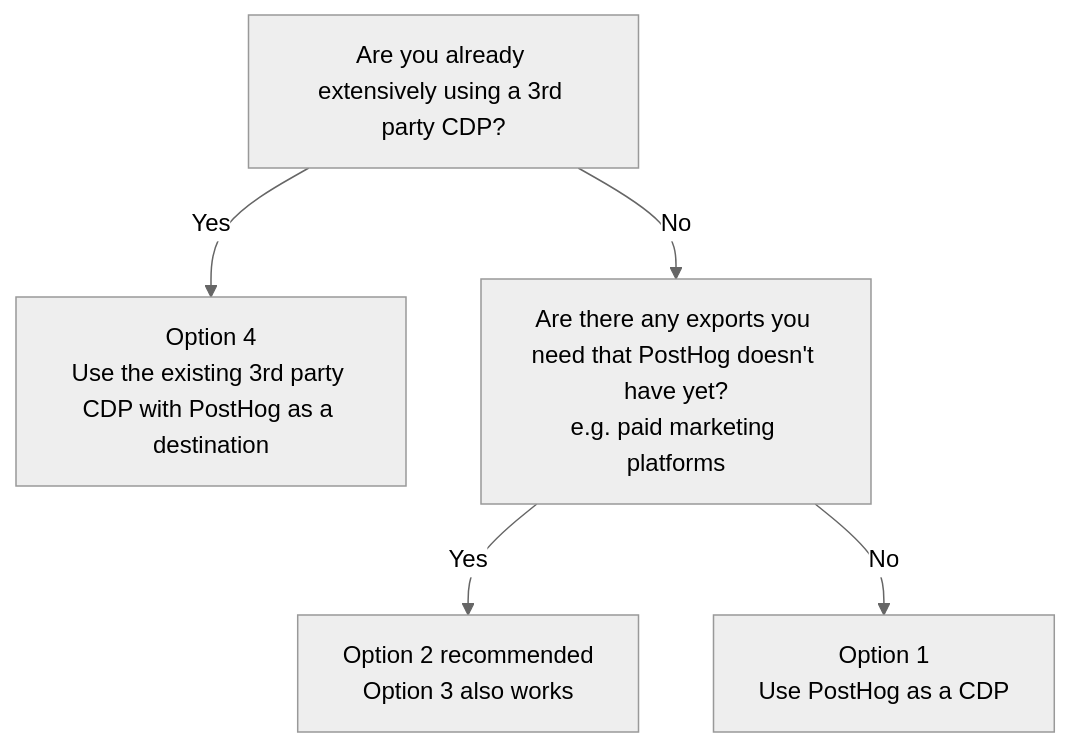
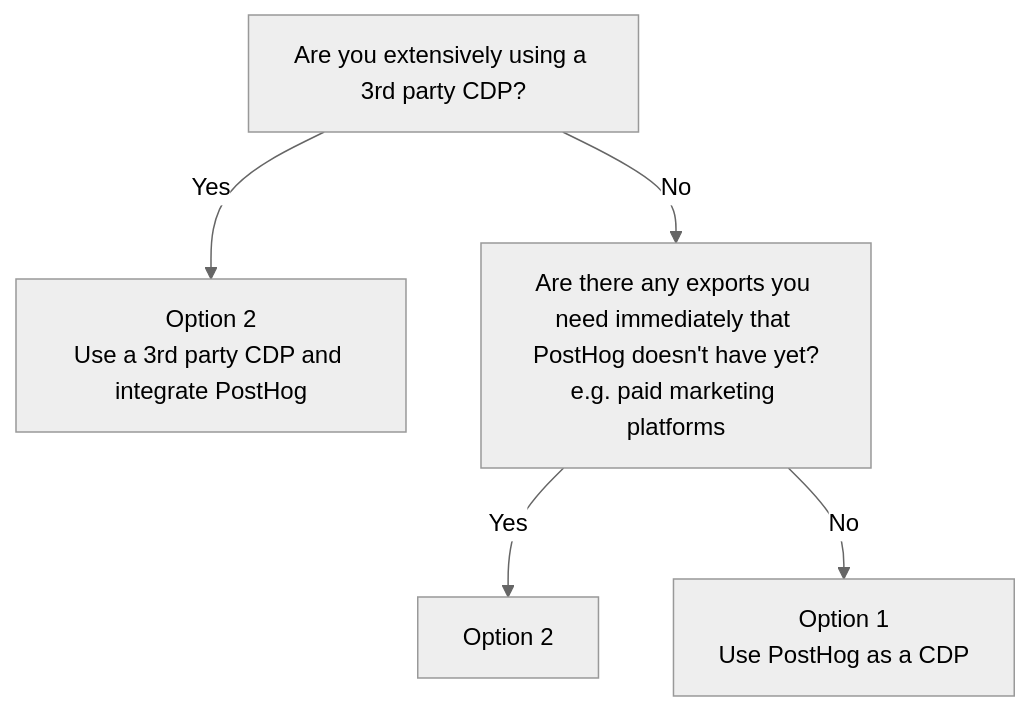
Before and after one commit to PostHog/posthog.com: the first of 5 diagrams in contents/docs/integrate/cdp.md, drawn with Mermaid (neutral theme). The commit also changed other lines of this file, not shown here.

Commit message:
change suggestion to be either use PostHog as a CDP or use a 3rd party CDP

````diff
--- a/contents/docs/integrate/cdp.md
+++ b/contents/docs/integrate/cdp.md
@@ -29,6 +27,6 @@
 ```mermaid
 graph TD
-A[Are you already extensively using a 3rd party CDP?] --> |Yes| B[Option 4<br/>Use the existing 3rd party CDP with PostHog as a destination]
-A --> |No| C[Are there any exports you need that PostHog doesn't have yet?<br/>e.g. paid marketing platforms] --> |Yes| D[Option 2 recommended<br/>Option 3 also works]
+A[Are you extensively using a 3rd party CDP?] --> |Yes| B[Option 2<br/>Use a 3rd party CDP and integrate PostHog]
+A --> |No| C[Are there any exports you need immediately that PostHog doesn't have yet?<br/>e.g. paid marketing platforms] --> |Yes| D[Option 2]
 C --> |No| E[Option 1<br/>Use PostHog as a CDP]
 ```
````
